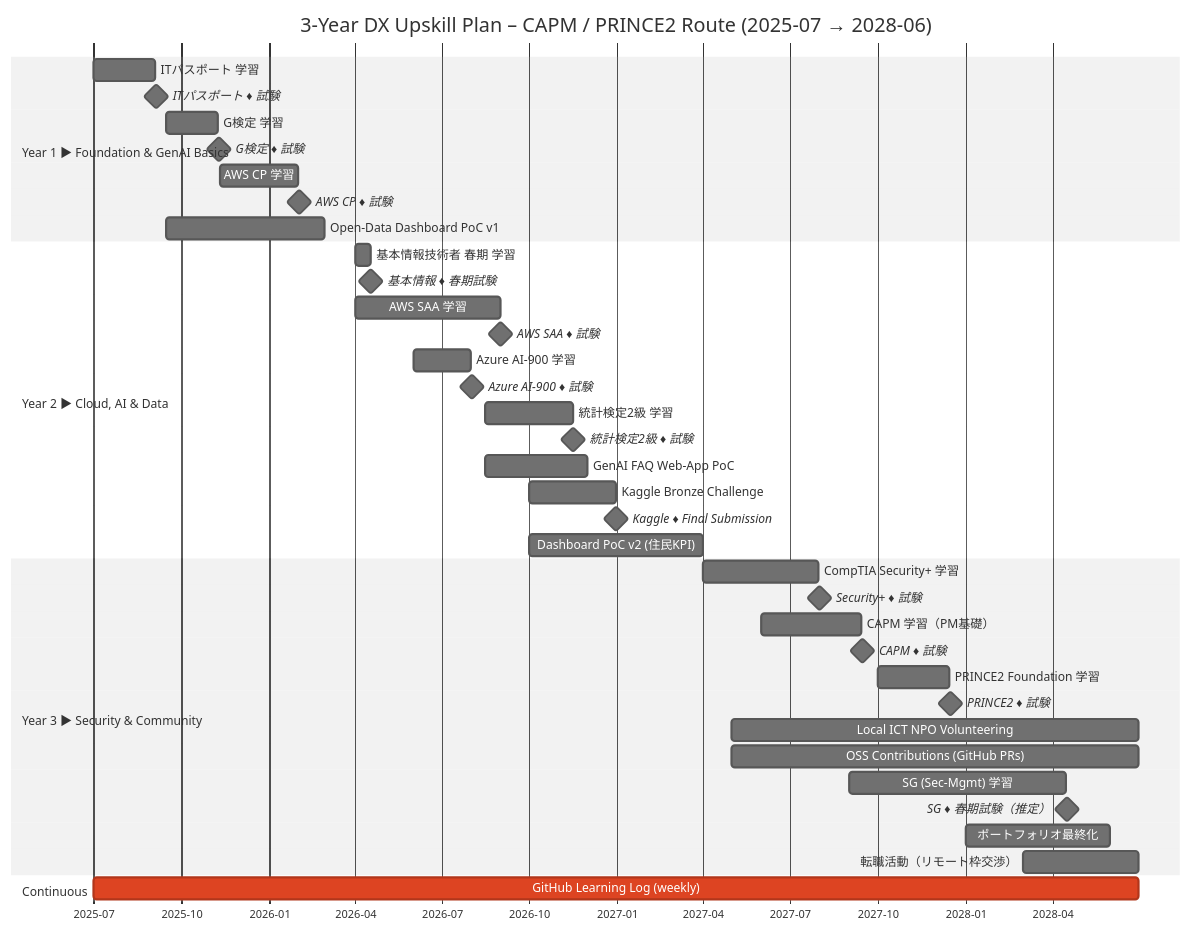
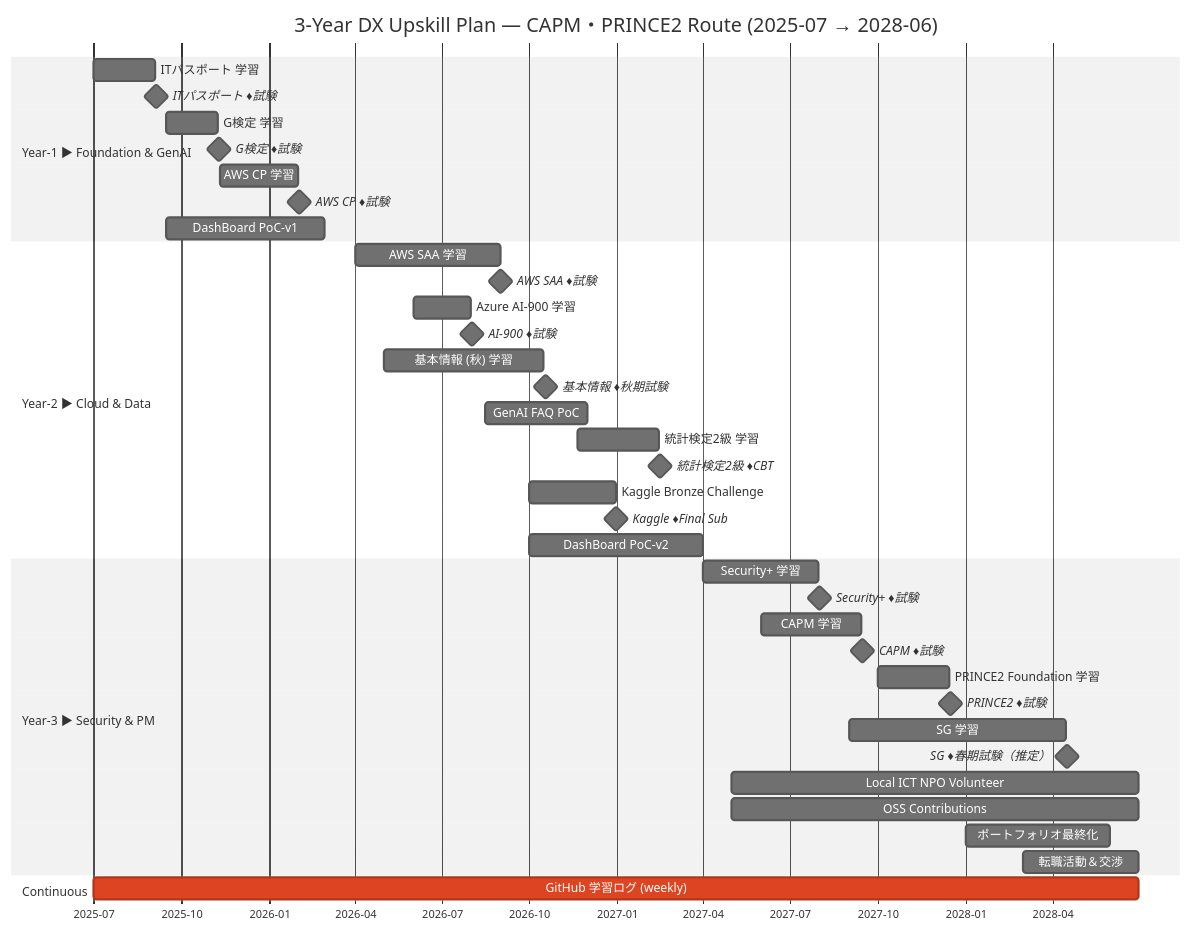
Before and after one commit to uruc-0start/-: the diagram in README.md, drawn with Mermaid (neutral theme).

````diff
--- a/README.md
+++ b/README.md
@@ -1,50 +1,50 @@
 ```mermaid
 gantt
-  title 3-Year DX Upskill Plan – CAPM / PRINCE2 Route (2025-07 → 2028-06)
+  title 3-Year DX Upskill Plan — CAPM・PRINCE2 Route (2025-07 → 2028-06)
   dateFormat  YYYY-MM-DD
   axisFormat  %Y-%m
 
-  %% ─────────────── Year 1 ───────────────
-  section Year 1 ▶ Foundation & GenAI Basics
-  ITパスポート 学習                   :itp_st,   2025-07-01, 2025-09-04
-  ITパスポート ♦ 試験                 :milestone,itp_ex,  2025-09-05, 0d
-  G検定 学習                          :gtest_st, 2025-09-15, 2025-11-08
-  G検定 ♦ 試験                        :milestone,gtest_ex,2025-11-09, 0d
-  AWS CP 学習                         :awscp,    2025-11-10, 2026-01-31
-  AWS CP ♦ 試験                       :milestone,awscp_ex,2026-02-01, 0d
-  Open-Data Dashboard PoC v1          :poc1,     2025-09-15, 2026-02-28
+  %% ───────────── Year-1 ─────────────
+  section Year-1 ▶ Foundation & GenAI
+  ITパスポート 学習           :itp_st,   2025-07-01, 2025-09-04
+  ITパスポート ♦試験          :milestone,itp_ex,  2025-09-05, 0d
+  G検定 学習                  :gtest_st, 2025-09-15, 2025-11-08
+  G検定 ♦試験                 :milestone,gtest_ex,2025-11-09, 0d
+  AWS CP 学習                 :awscp,    2025-11-10, 2026-01-31
+  AWS CP ♦試験                :milestone,awscp_ex,2026-02-01, 0d
+  DashBoard PoC‐v1            :poc1,     2025-09-15, 2026-02-28
 
-  %% ─────────────── Year 2 ───────────────
-  section Year 2 ▶ Cloud, AI & Data
-  基本情報技術者 春期 学習            :fe_st,    2026-04-01, 2026-04-17
-  基本情報 ♦ 春期試験                 :milestone,fe_ex,   2026-04-18, 0d
-  AWS SAA 学習                        :saa_st,   2026-04-01, 2026-08-31
-  AWS SAA ♦ 試験                      :milestone,saa_ex,  2026-09-01, 0d
-  Azure AI-900 学習                   :ai900,    2026-06-01, 2026-07-31
-  Azure AI-900 ♦ 試験                 :milestone,ai900_ex,2026-08-01, 0d
-  統計検定2級 学習 　　　            :stat2,    2026-08-15, 2026-11-15
-  統計検定2級 ♦ 試験                  :milestone,stat2_ex,2026-11-16, 0d
-  GenAI FAQ Web-App PoC               :faq_poc,  2026-08-15, 2026-11-30
-  Kaggle Bronze Challenge             :kaggle,   2026-10-01, 2026-12-30
-  Kaggle ♦ Final Submission           :milestone,kaggle_ex,2026-12-31, 0d
-  Dashboard PoC v2 (住民KPI)          :poc2,     2026-10-01, 2027-03-31
+  %% ───────────── Year-2 ─────────────
+  section Year-2 ▶ Cloud & Data
+  AWS SAA 学習                :saa,      2026-04-01, 2026-08-31
+  AWS SAA ♦試験               :milestone,saa_ex,  2026-09-01, 0d
+  Azure AI-900 学習           :ai900,    2026-06-01, 2026-07-31
+  AI-900 ♦試験                :milestone,ai900_ex,2026-08-01, 0d
+  基本情報 (秋) 学習          :fe_st,    2026-05-01, 2026-10-16
+  基本情報 ♦秋期試験          :milestone,fe_ex,   2026-10-18, 0d
+  GenAI FAQ PoC               :faq,      2026-08-15, 2026-11-30
+  統計検定2級 学習            :stat2,    2026-11-20, 2027-02-14
+  統計検定2級 ♦CBT            :milestone,stat2_ex,2027-02-15, 0d
+  Kaggle Bronze Challenge     :kaggle,   2026-10-01, 2026-12-30
+  Kaggle ♦Final Sub           :milestone,kaggle_ex,2026-12-31, 0d
+  DashBoard PoC‐v2            :poc2,     2026-10-01, 2027-03-31
 
-  %% ─────────────── Year 3 ───────────────
-  section Year 3 ▶ Security & Community
-  CompTIA Security+ 学習              :secplus,  2027-04-01, 2027-07-31
-  Security+ ♦ 試験                    :milestone,secplus_ex,2027-08-01, 0d
-  CAPM 学習（PM基礎）                 :capm,     2027-06-01, 2027-09-14
-  CAPM ♦ 試験                         :milestone,capm_ex,  2027-09-15, 0d
-  PRINCE2 Foundation 学習             :prince2,  2027-10-01, 2027-12-15
-  PRINCE2 ♦ 試験                      :milestone,prince2_ex,2027-12-16, 0d
-  Local ICT NPO Volunteering          :npo,      2027-05-01, 2028-06-30
-  OSS Contributions (GitHub PRs)      :oss,      2027-05-01, 2028-06-30
-  SG (Sec-Mgmt) 学習                  :sg_st,    2027-09-01, 2028-04-15
-  SG ♦ 春期試験（推定）              :milestone,sg_ex,    2028-04-16, 0d
-  ポートフォリオ最終化               :portfolio,2028-01-01, 2028-05-31
-  転職活動（リモート枠交渉）          :jobsearch,2028-03-01, 2028-06-30
+  %% ───────────── Year-3 ─────────────
+  section Year-3 ▶ Security & PM
+  Security+ 学習              :secplus,  2027-04-01, 2027-07-31
+  Security+ ♦試験             :milestone,secplus_ex,2027-08-01, 0d
+  CAPM 学習                   :capm,     2027-06-01, 2027-09-14
+  CAPM ♦試験                  :milestone,capm_ex,  2027-09-15, 0d
+  PRINCE2 Foundation 学習     :prince2,  2027-10-01, 2027-12-15
+  PRINCE2 ♦試験               :milestone,prince2_ex,2027-12-16, 0d
+  SG 学習                     :sg_st,    2027-09-01, 2028-04-15
+  SG ♦春期試験（推定）        :milestone,sg_ex,    2028-04-16, 0d
+  Local ICT NPO Volunteer     :npo,      2027-05-01, 2028-06-30
+  OSS Contributions           :oss,      2027-05-01, 2028-06-30
+  ポートフォリオ最終化        :portfolio,2028-01-01, 2028-05-31
+  転職活動＆交渉              :job,      2028-03-01, 2028-06-30
 
-  %% ───────────── Continuous ─────────────
+  %% ─────────── Continuous ───────────
   section Continuous
-  GitHub Learning Log (weekly)        :crit, ghlog,2025-07-01, 2028-06-30
+  GitHub 学習ログ (weekly)    :crit, ghlog,2025-07-01, 2028-06-30
 ```
````
